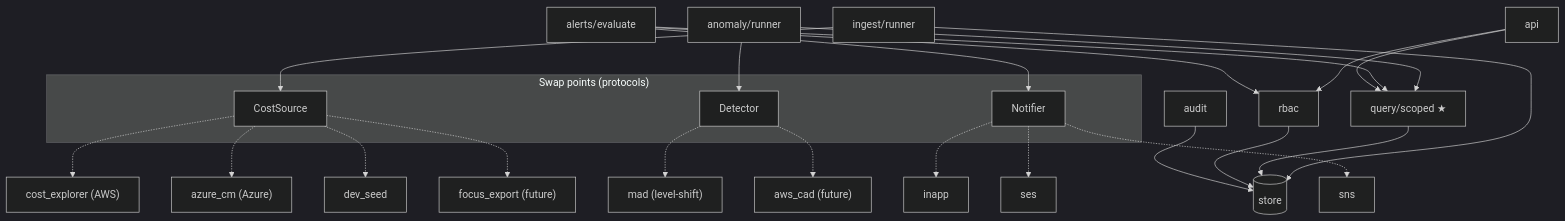
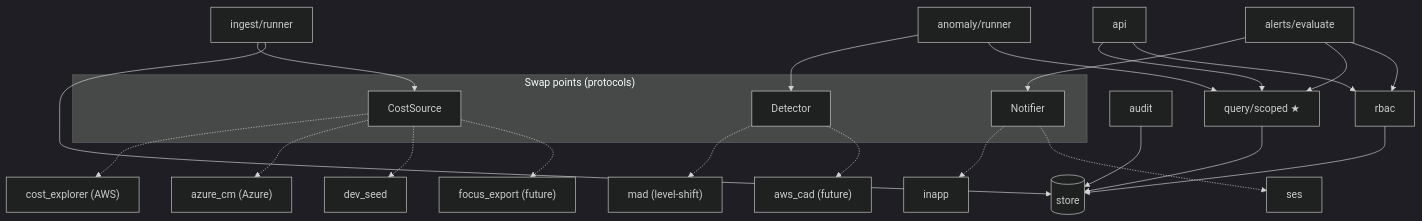
Before and after one commit to Hemanth0411/Cloud_Cost_Intelligence_Hub: the third of 4 diagrams in docs/02-architecture.md, drawn with Mermaid (dark theme). The commit also changed other lines of this file and 33 other files, not shown here.

````diff
--- a/docs/02-architecture.md
+++ b/docs/02-architecture.md
@@ -111,33 +110,32 @@
 ```mermaid
 graph TD
     subgraph PORTS["Swap points (protocols)"]
         CS["CostSource"]
         DET["Detector"]
         NOT["Notifier"]
     end
 
     ING["ingest/runner"] --> CS
     CS -.-> CE["cost_explorer (AWS)"]
     CS -.-> AZ["azure_cm (Azure)"]
     CS -.-> MK["dev_seed"]
     CS -.-> FC["focus_export (future)"]
 
     ANO["anomaly/runner"] --> DET
     DET -.-> MAD["mad (level-shift)"]
     DET -.-> CAD["aws_cad (future)"]
 
     ALR["alerts/evaluate"] --> NOT
     NOT -.-> IN["inapp"]
     NOT -.-> SE["ses"]
-    NOT -.-> SN["sns"]
 
     ING --> STORE[("store")]
     QRY["query/scoped ★"] --> STORE
     ANO --> QRY
     ALR --> QRY
     API["api"] --> QRY
     API --> RBAC["rbac"]
     ALR --> RBAC
     RBAC --> STORE
     AUD["audit"] --> STORE
 ```
````
